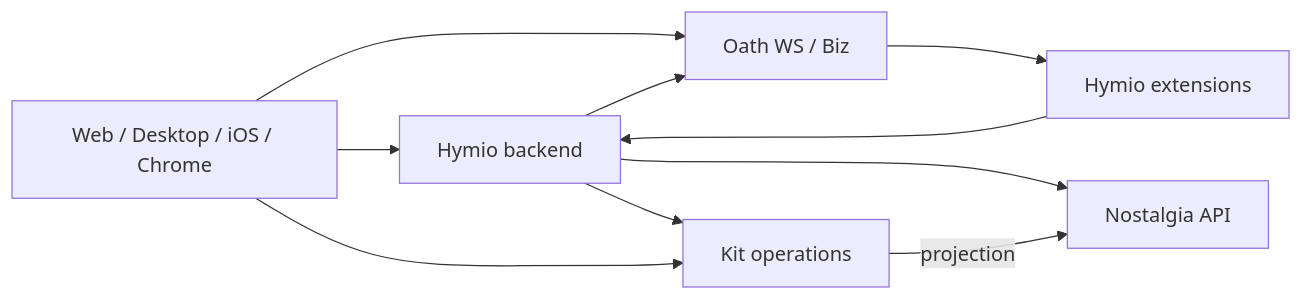
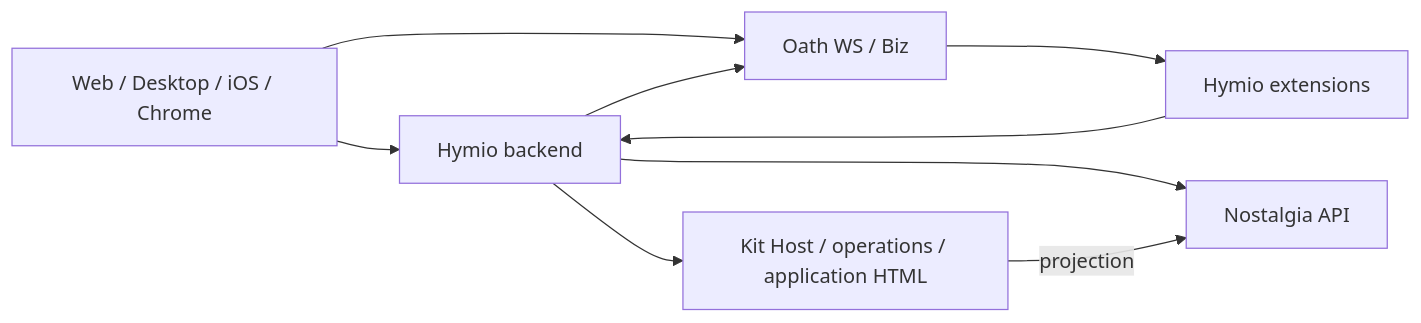
The diagram in spec/overview.md (HymioSpace/Hymio), drawn with Mermaid before and after one commit. The commit also changed other lines of this file and 57 other files, not shown here.

First line of the commit message:
feat: add generated HTML kits and iOS app host

````diff
--- a/spec/overview.md
+++ b/spec/overview.md
@@ -48,12 +51,11 @@
 ```mermaid
 flowchart LR
     Apps[Web / Desktop / iOS / Chrome] --> Backend[Hymio backend]
     Apps --> Runtime[Oath WS / Biz]
     Backend --> Runtime
     Backend --> Context[Nostalgia API]
     Runtime --> Ext[Hymio extensions]
     Ext --> Backend
-    Backend --> Kit[Kit operations]
-    Apps --> Kit
+    Backend --> Kit[Kit Host / operations / application HTML]
     Kit -->|projection| Context
 ```
````
